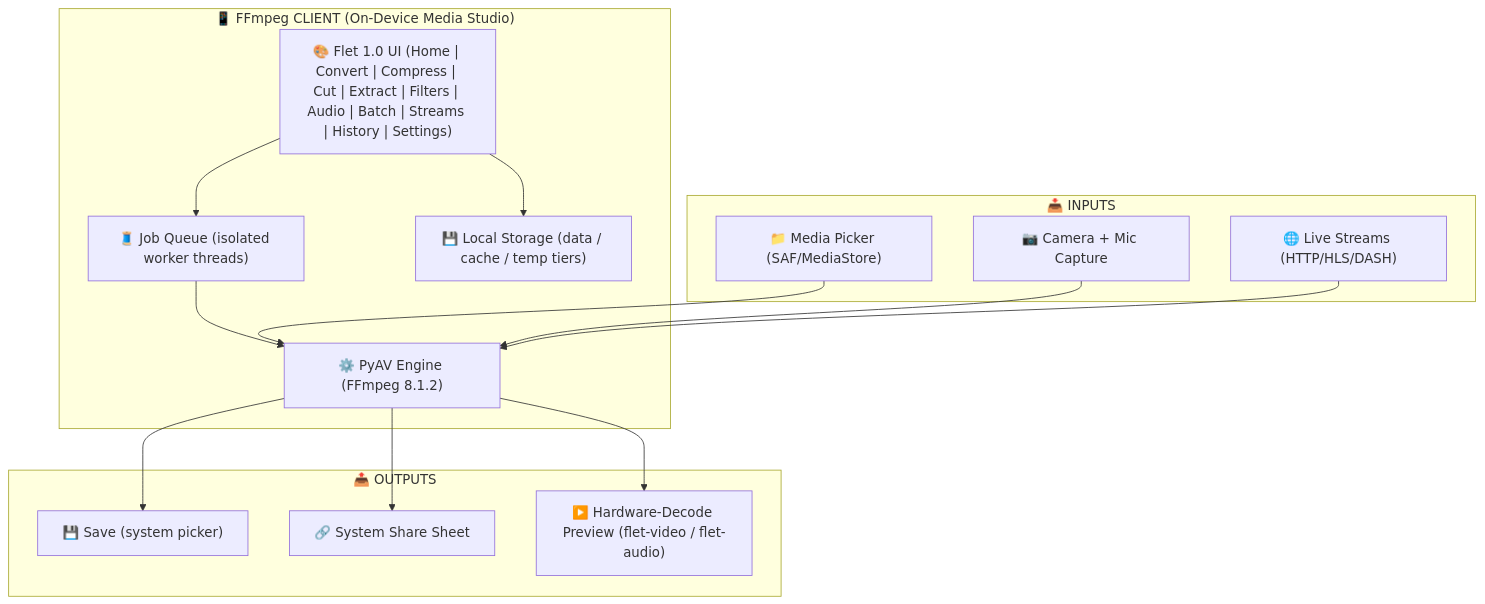
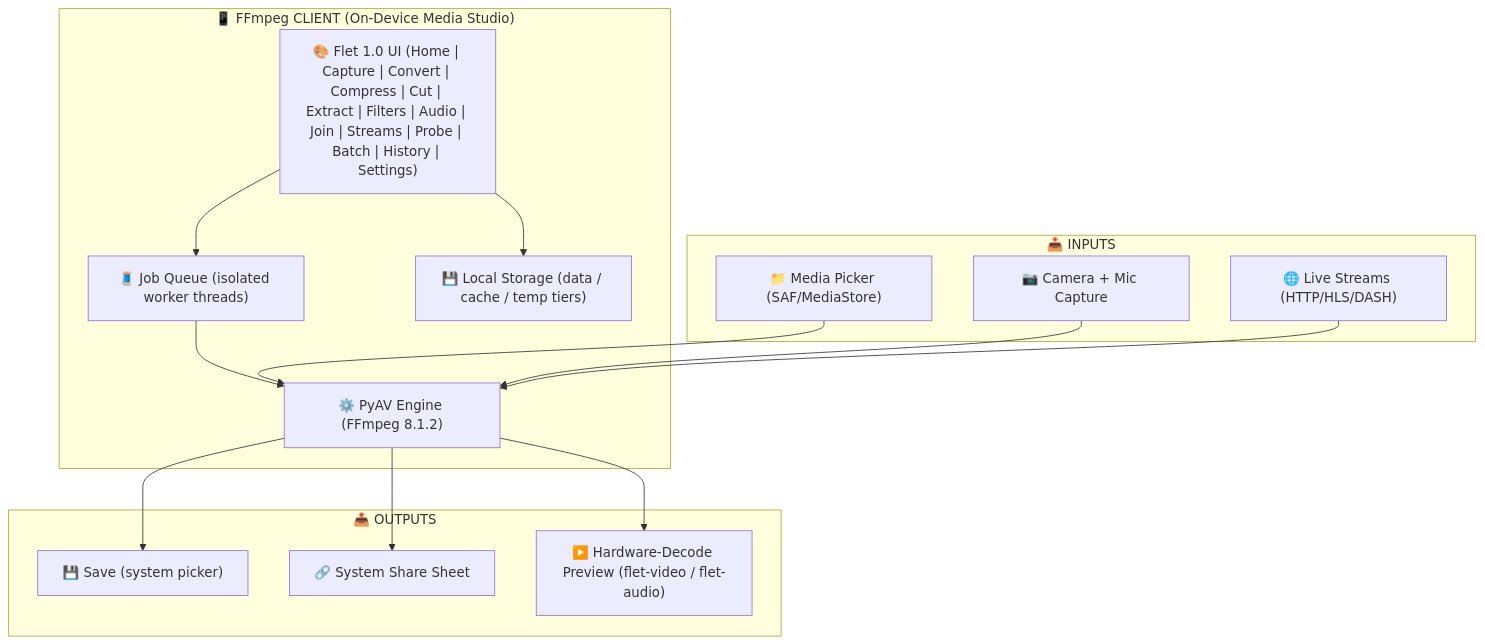
One commit to Nwokike/FFmpeg changed the diagram in README.md. Above: the diagram before and after it, drawn with Mermaid. The commit also changed other lines of this file and 150 other files, not shown here.

````diff
--- a/README.md
+++ b/README.md
@@ -75,30 +76,30 @@
 ```mermaid
 graph TB
     subgraph FFMPEG_CLIENT ["📱 FFmpeg CLIENT (On-Device Media Studio)"]
-        UI["🎨 Flet 1.0 UI (Home | Convert | Compress | Cut | Extract | Filters | Audio | Batch | Streams | History | Settings)"]
+        UI["🎨 Flet 1.0 UI (Home | Capture | Convert | Compress | Cut | Extract | Filters | Audio | Join | Streams | Probe | Batch | History | Settings)"]
         Engine["⚙️ PyAV Engine (FFmpeg 8.1.2)"]
         Jobs["🧵 Job Queue (isolated worker threads)"]
         Storage["💾 Local Storage (data / cache / temp tiers)"]
         UI --> Jobs --> Engine
         UI --> Storage
     end
 
     subgraph SOURCES ["📥 INPUTS"]
         Files["📁 Media Picker (SAF/MediaStore)"]
         Cam["📷 Camera + Mic Capture"]
         URL["🌐 Live Streams (HTTP/HLS/DASH)"]
     end
 
     subgraph OUTPUTS ["📤 OUTPUTS"]
         Save["💾 Save (system picker)"]
         Share["🔗 System Share Sheet"]
         Preview["▶️ Hardware-Decode Preview (flet-video / flet-audio)"]
     end
 
     Files --> Engine
     Cam --> Engine
     URL --> Engine
     Engine --> Save
     Engine --> Share
     Engine --> Preview
 ```
````
